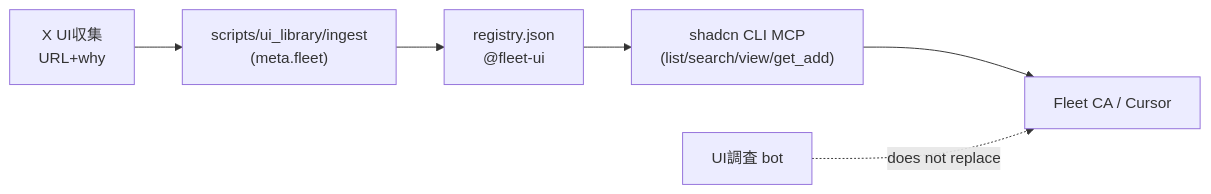
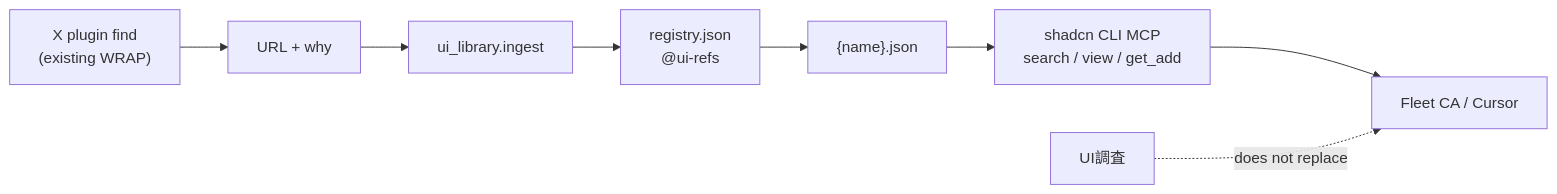
One commit to maplefukku/grok-bot-ops changed the diagram in docs/process/ui-library-mcp.md. Above: the diagram before and after it, drawn with Mermaid. The commit also changed other lines of this file and 5 other files, not shown here.

First line of the commit message:
fix(ui-library): CPO SPEC — @ui-refs, X ingest fixture, search/get proof

````diff
--- a/docs/process/ui-library-mcp.md
+++ b/docs/process/ui-library-mcp.md
@@ -27,8 +28,10 @@
 ```mermaid
 flowchart LR
-  XUI["X UI収集\nURL+why"] --> Ingest["scripts/ui_library/ingest\n(meta.fleet)"]
-  Ingest --> JSON["registry.json\n@fleet-ui"]
-  JSON --> ShadcnMCP["shadcn CLI MCP\n(list/search/view/get_add)"]
+  XFind["X plugin find\n(existing WRAP)"] --> Handoff["URL + why"]
+  Handoff --> Ingest["ui_library.ingest"]
+  Ingest --> JSON["registry.json\n@ui-refs"]
+  JSON --> PerItem["{name}.json"]
+  PerItem --> ShadcnMCP["shadcn CLI MCP\nsearch / view / get_add"]
   ShadcnMCP --> CA["Fleet CA / Cursor"]
-  UIResearch["UI調査 bot"] -.->|does not replace| CA
+  UIResearch["UI調査"] -.->|does not replace| CA
 ```
````
